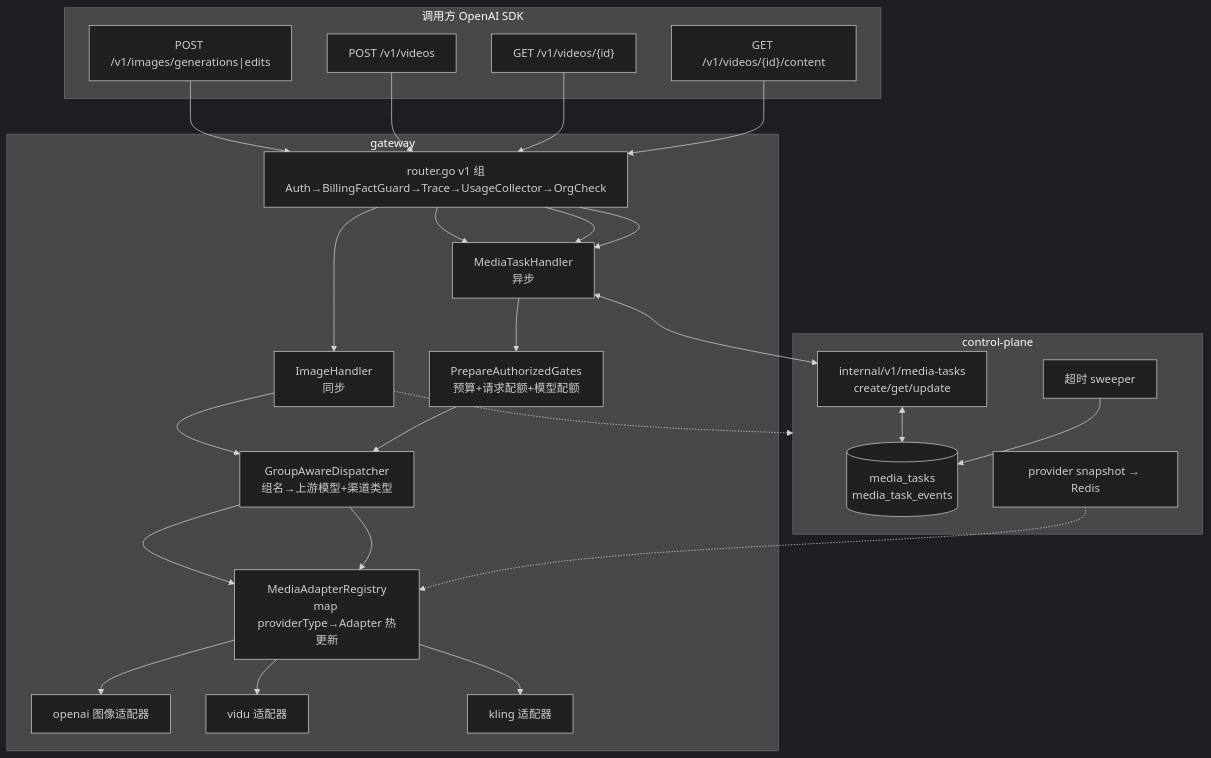
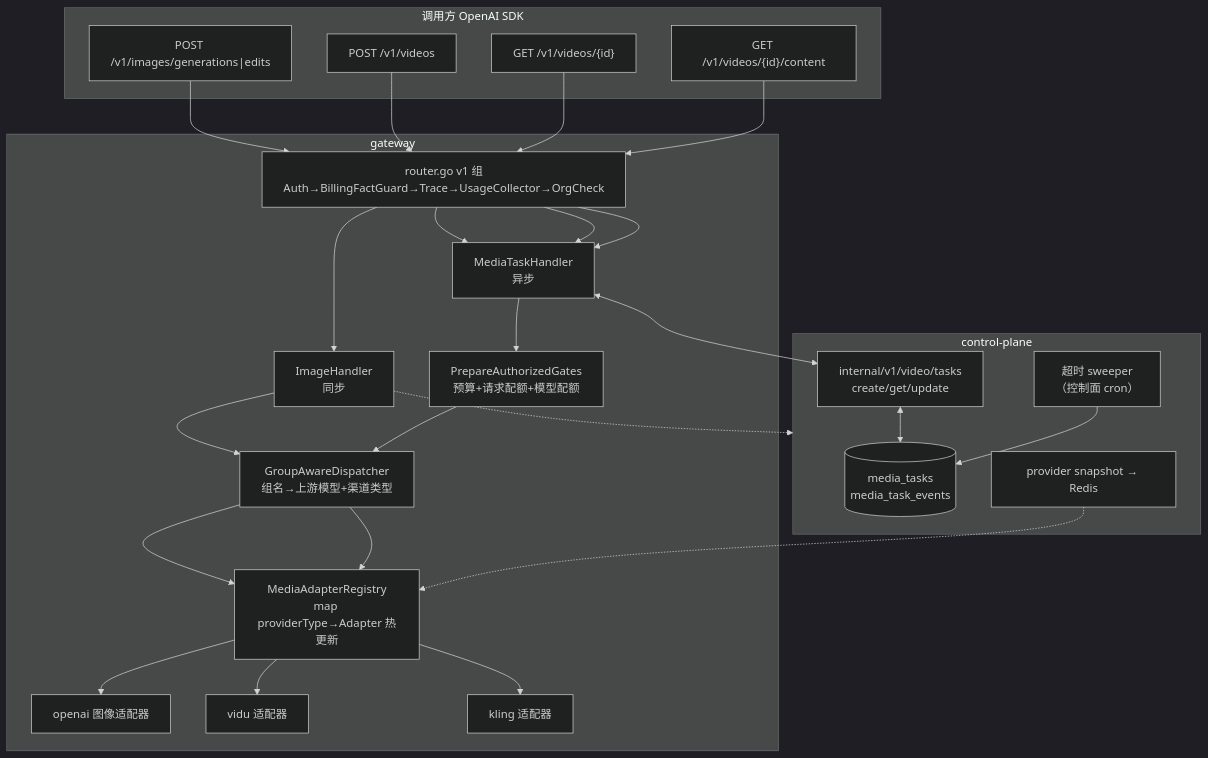
Before and after one commit to achieve-jsy/llm-gateway: the first of 3 diagrams in docs/media-channels-integration-design.md, drawn with Mermaid (dark theme). The commit also changed other lines of this file and 6 other files, not shown here.

First line of the commit message:
feat(media): 文档与契约收口 + 视频响应对齐 OpenAI video 形状（Batch 3 · E4）

````diff
--- a/docs/media-channels-integration-design.md
+++ b/docs/media-channels-integration-design.md
@@ -79,37 +79,37 @@
 ```mermaid
 flowchart TB
   subgraph Client[调用方 OpenAI SDK]
     A1["POST /v1/images/generations|edits"]
     A2["POST /v1/videos"]
     A3["GET /v1/videos/{id}"]
     A4["GET /v1/videos/{id}/content"]
   end
 
   subgraph GW[gateway]
     R[router.go v1 组<br/>Auth→BillingFactGuard→Trace→UsageCollector→OrgCheck]
     IH[ImageHandler<br/>同步]
     MH[MediaTaskHandler<br/>异步]
     GD[GroupAwareDispatcher<br/>组名→上游模型+渠道类型]
     MR[MediaAdapterRegistry<br/>map providerType→Adapter 热更新]
     GATES[PrepareAuthorizedGates<br/>预算+请求配额+模型配额]
     ADP1[openai 图像适配器]
     ADP2[vidu 适配器]
     ADP3[kling 适配器]
   end
 
   subgraph CP[control-plane]
     MT[(media_tasks<br/>media_task_events)]
     PSN[provider snapshot → Redis]
-    API["internal/v1/media-tasks<br/>create/get/update"]
-    SWEEP[超时 sweeper]
+    API["internal/v1/video/tasks<br/>create/get/update"]
+    SWEEP["超时 sweeper<br/>（控制面 cron）"]
   end
 
   A1 --> R --> IH --> GD --> MR --> ADP1
   A2 --> R --> MH --> GATES --> GD --> MR --> ADP2 & ADP3
   A3 --> R --> MH
   A4 --> R --> MH
   MH <--> API <--> MT
   SWEEP --> MT
   PSN -.-> MR
   IH -.-> CP
 ```
````
